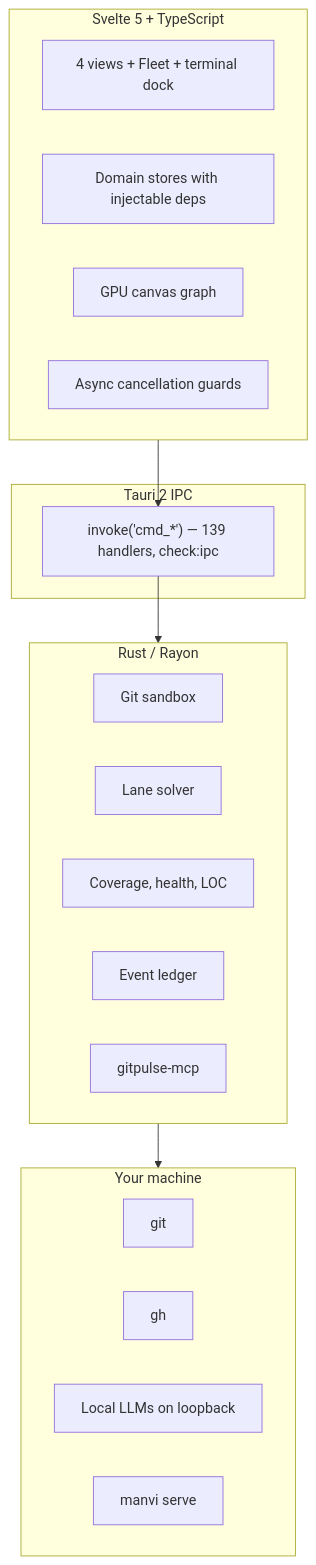
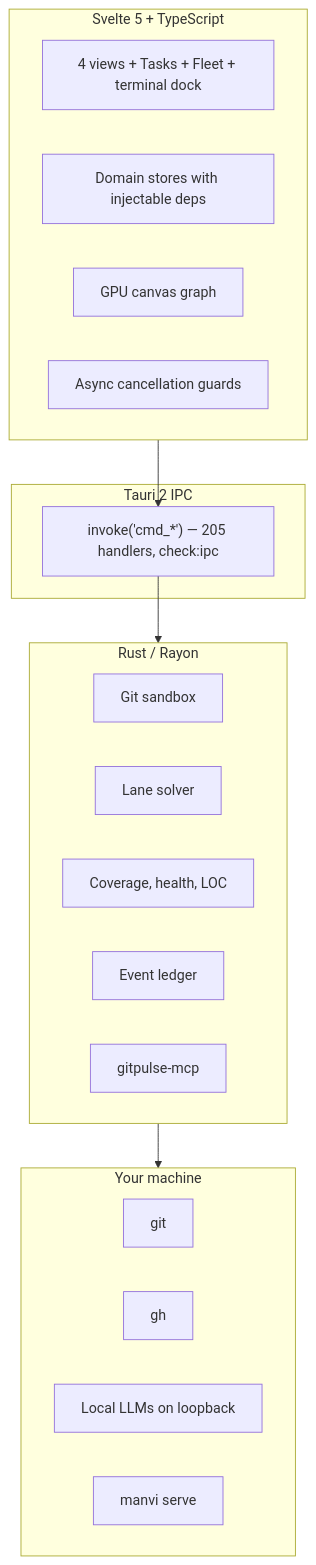
The diagram in wiki/Architecture.md (bharathvbcr/GitPulse), drawn with Mermaid before and after one commit. The commit also changed other lines of this file and 23 other files, not shown here.

Commit message:
docs: refresh task workflows, architecture, and contributor guidance

````diff
--- a/wiki/Architecture.md
+++ b/wiki/Architecture.md
@@ -5,27 +5,27 @@
 ```mermaid
 flowchart TB
     subgraph Frontend["Svelte 5 + TypeScript"]
-        Views["4 views + Fleet + terminal dock"]
+        Views["4 views + Tasks + Fleet + terminal dock"]
         Stores["Domain stores with injectable deps"]
         Canvas["GPU canvas graph"]
         Guards["Async cancellation guards"]
     end
     subgraph IPC["Tauri 2 IPC"]
-        Bridge["invoke('cmd_*') — 139 handlers, check:ipc"]
+        Bridge["invoke('cmd_*') — 205 handlers, check:ipc"]
     end
     subgraph Backend["Rust / Rayon"]
         Git["Git sandbox"]
         Graph["Lane solver"]
         Analyzers["Coverage, health, LOC"]
         Ledger["Event ledger"]
         MCP["gitpulse-mcp"]
     end
     subgraph Local["Your machine"]
         GitCLI["git"]
         GhCLI["gh"]
         LLM["Local LLMs on loopback"]
         Manvi["manvi serve"]
     end
     Frontend --> Bridge --> Backend
     Backend --> Local
 ```
````
